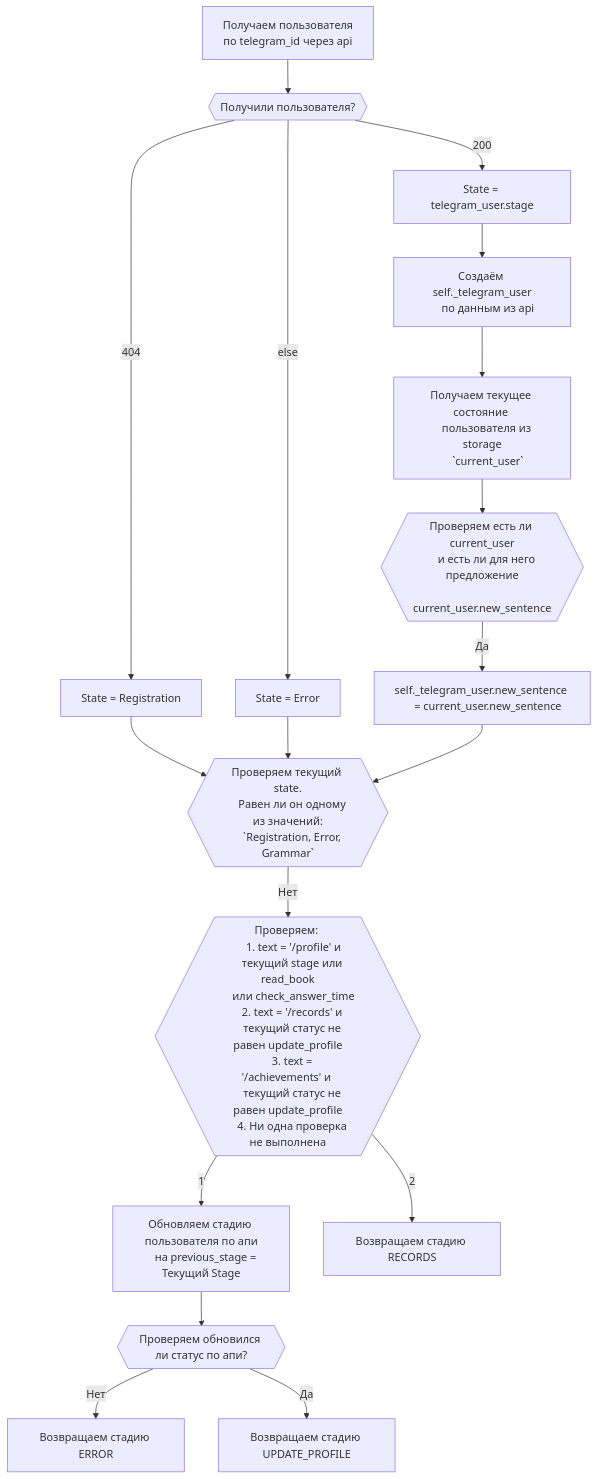
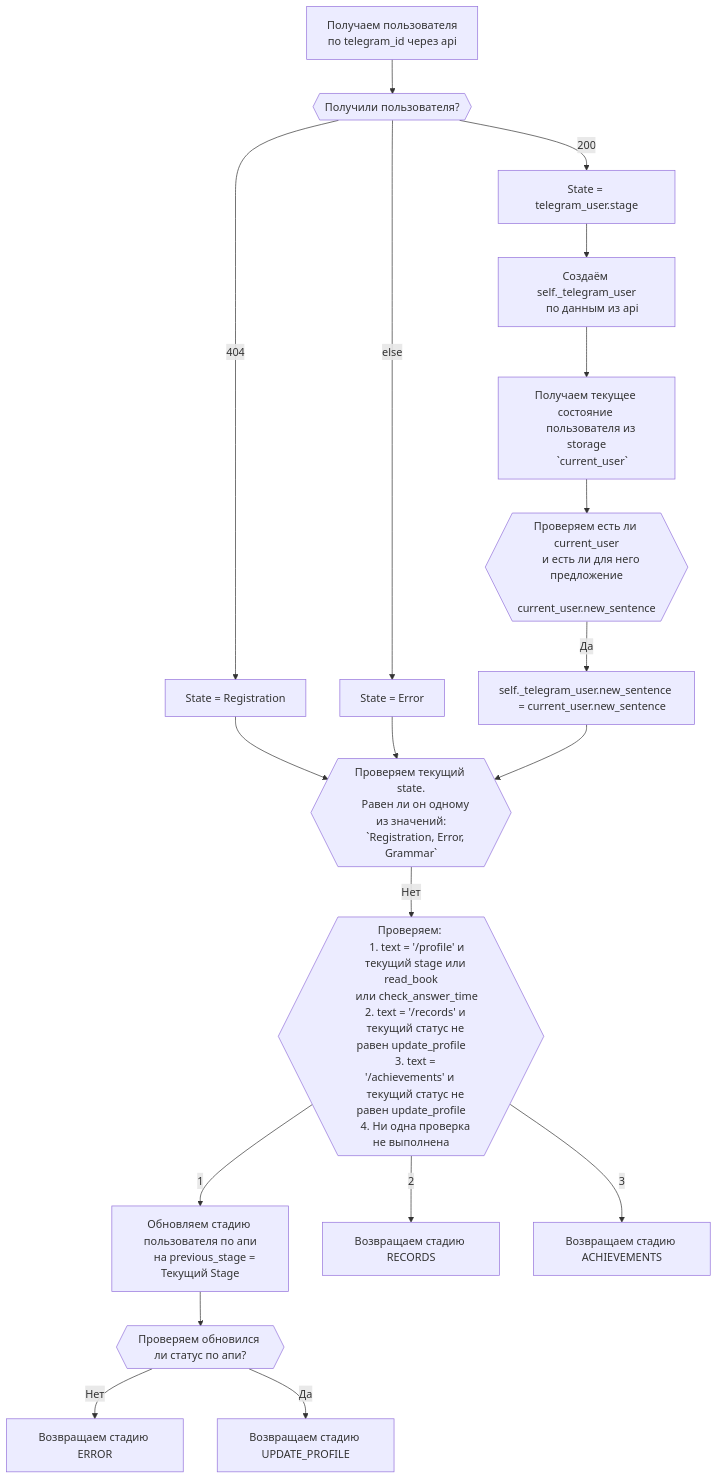
One commit to psgaiduk/learning_en_telegram_bot changed the diagram in documentation/middlewears_set_state.md. Above: the diagram before and after it, drawn with Mermaid.

Commit message:
docs(documentation): add return achievements stage middlewears_set_state

````diff
--- a/documentation/middlewears_set_state.md
+++ b/documentation/middlewears_set_state.md
@@ -1,58 +1,59 @@
 ```mermaid
 graph TD;
     start[Получаем пользователя
     по telegram_id через api
     ] --> check_get_user{{Получили пользователя?}}
     check_get_user --> |404| user_not_found[State = Registration]
     check_get_user --> |200| user_found[State = telegram_user.stage]
     check_get_user --> |else| error_user[State = Error]
     user_found --> create_telegram_user[
     Создаём self._telegram_user
     по данным из api
     ]
     create_telegram_user --> get_current_telegram_user[
     Получаем текущее состояние 
     пользователя из storage
     `current_user`
     ]
     get_current_telegram_user --> check_current_user{{
     Проверяем есть ли current_user
     и есть ли для него предложение
     current_user.new_sentence
     }}
     check_current_user --> |Да| update_new_sentence[self._telegram_user.new_sentence 
     = current_user.new_sentence
     ]
     user_not_found --> check_current_state{{
     Проверяем текущий state.
     Равен ли он одному из значений:
     `Registration, Error, Grammar`
     }}
     error_user --> check_current_state
     update_new_sentence --> check_current_state
     check_current_state --> |Нет| check_update_profile_state{{
     Проверяем: 
     1. text = '/profile' и
     текущий stage или read_book
     или check_answer_time
     2. text = '/records' и 
     текущий статус не равен update_profile
     3. text = '/achievements' и 
     текущий статус не равен update_profile
     4. Ни одна проверка не выполнена
     }}
     check_update_profile_state --> |1| update_stage_to_profile[
     Обновляем стадию пользователя по апи
     на previous_stage = Текущий Stage]
     update_stage_to_profile --> check_update_stage_to_profile{{
     Проверяем обновился ли статус по апи?
     }}
     check_update_stage_to_profile --> |Нет| return_error_update_stage_profile[
     Возвращаем стадию ERROR]
     check_update_stage_to_profile --> |Да| return_update_profle_stage[
     Возвращаем стадию UPDATE_PROFILE]
     check_update_profile_state --> |2| return_records_stage[
     Возвращаем стадию RECORDS]
-    
+    check_update_profile_state --> |3| return_achievements_stage[
+    Возвращаем стадию ACHIEVEMENTS]
     
 ```
````
